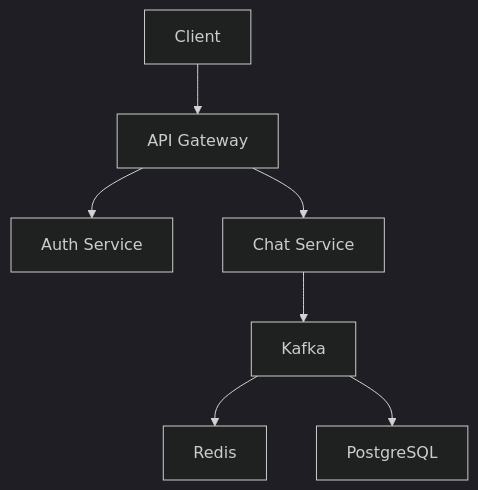
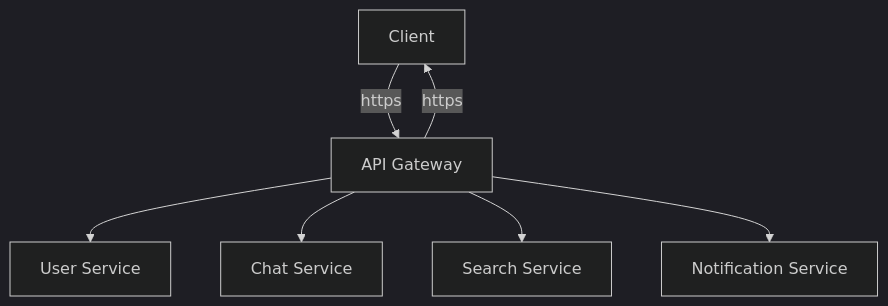
One commit to hoangfin/realtime-chat changed the diagram in README.md. Above: the diagram before and after it, drawn with Mermaid (dark theme). The commit also changed other lines of this file, not shown here.

````diff
--- a/README.md
+++ b/README.md
@@ -125,9 +140,9 @@
 ```mermaid
-graph TD
-    A[Client] --> B[API Gateway]
-    B --> C[Auth Service]
-    B --> D[Chat Service]
-    D --> E[Kafka]
-    E --> F[Redis]
-    E --> G[PostgreSQL]
+flowchart TD
+    Client[Client] -- https --> AG[API Gateway]
+	AG -- https --> Client
+    AG --> User[User Service]
+	AG --> Chat[Chat Service]
+	AG --> Search[Search Service]
+	AG --> Notification[Notification Service]
 ```
````
